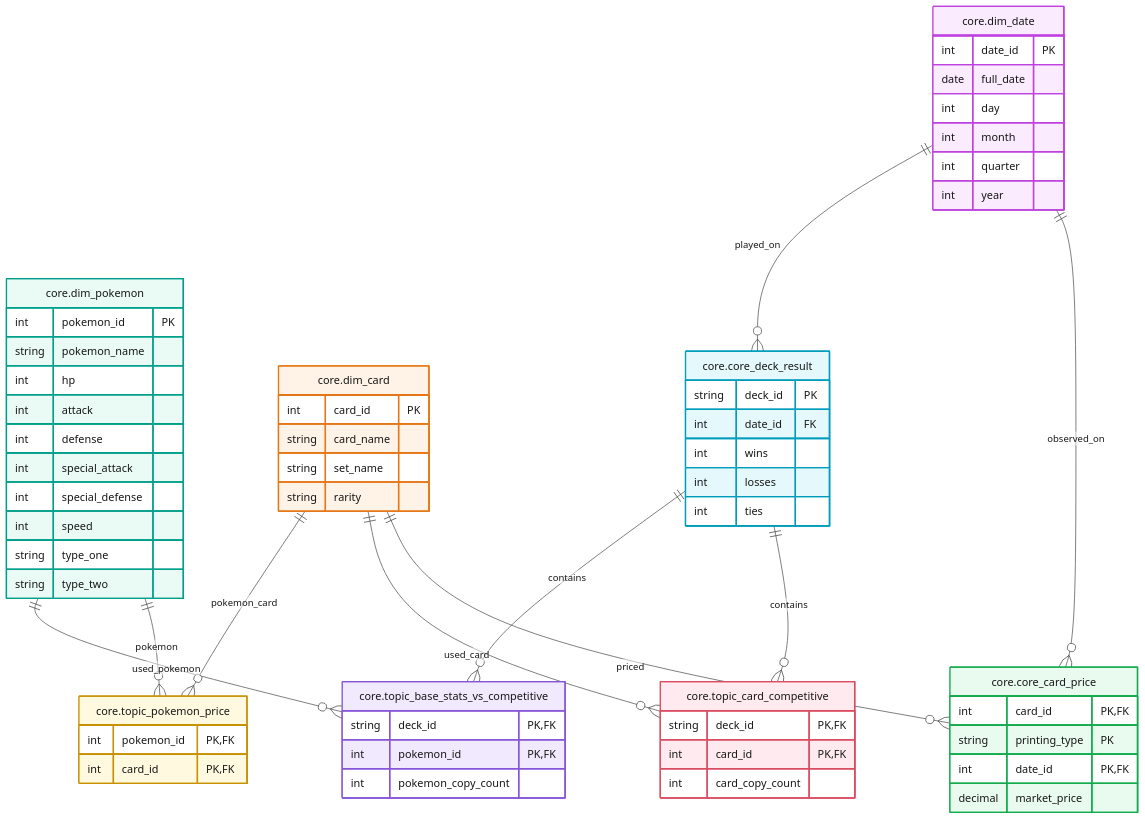
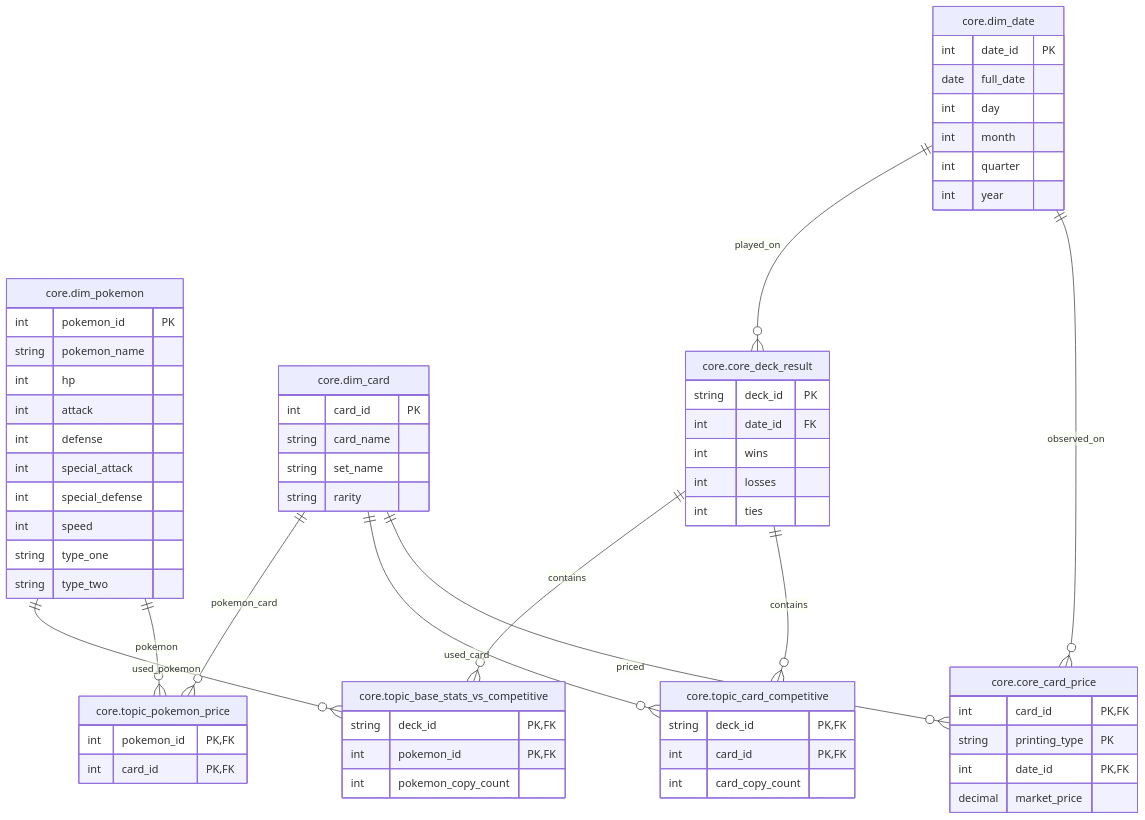
Before and after one commit to Jessyyyca/DVS: the diagram in Core-Layer.md, drawn with Mermaid.

Commit message:
chore: removed formatting

````diff
--- a/Core-Layer.md
+++ b/Core-Layer.md
@@ -36,5 +36,4 @@
 ```mermaid
-%%{init: {"theme": "base", "themeVariables": {"primaryTextColor": "#171717", "textColor": "#171717", "lineColor": "#444444", "primaryBorderColor": "#ffffff", "edgeLabelBackground": "#ffffff", "erEdgeLabelBackground": "#ffffff", "tertiaryColor": "#ffffff", "tertiaryTextColor": "#171717"}}}%%
 erDiagram
     core.dim_pokemon {
         int pokemon_id PK
@@ -99,22 +98,4 @@
     core.dim_card ||--o{ core.core_card_price : priced
     core.core_deck_result ||--o{ core.topic_base_stats_vs_competitive : contains
     core.core_deck_result ||--o{ core.topic_card_competitive : contains
-
-    classDef dim_pokemon fill:#EAFBF5,stroke:#009F8C,color:#171717,stroke-width:2px
-    classDef dim_date fill:#FAEBFF,stroke:#BE42DE,color:#171717,stroke-width:2px
-    classDef dim_card fill:#FFF2E6,stroke:#E67714,color:#171717,stroke-width:2px
-    classDef core_deck_result fill:#E5F9FC,stroke:#009DBB,color:#171717,stroke-width:2px
-    classDef core_card_price fill:#E9FAEF,stroke:#13AB4E,color:#171717,stroke-width:2px
-    classDef topic_base_stats_vs_competitive fill:#F1EAFF,stroke:#8655D8,color:#171717,stroke-width:2px
-    classDef topic_pokemon_price fill:#FFF9DF,stroke:#C79100,color:#171717,stroke-width:2px
-    classDef topic_card_competitive fill:#FFEBEF,stroke:#DA4C61,color:#171717,stroke-width:2px
-
-    class core.dim_pokemon dim_pokemon
-    class core.dim_date dim_date
-    class core.dim_card dim_card
-    class core.core_deck_result core_deck_result
-    class core.core_card_price core_card_price
-    class core.topic_base_stats_vs_competitive topic_base_stats_vs_competitive
-    class core.topic_pokemon_price topic_pokemon_price
-    class core.topic_card_competitive topic_card_competitive
 ```
````
